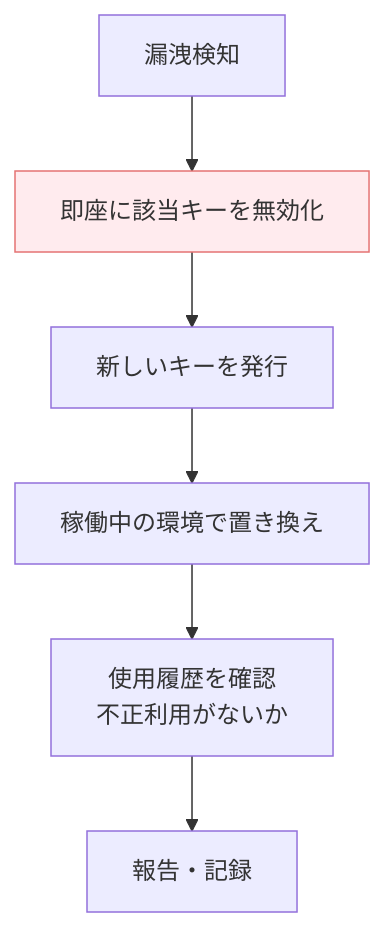
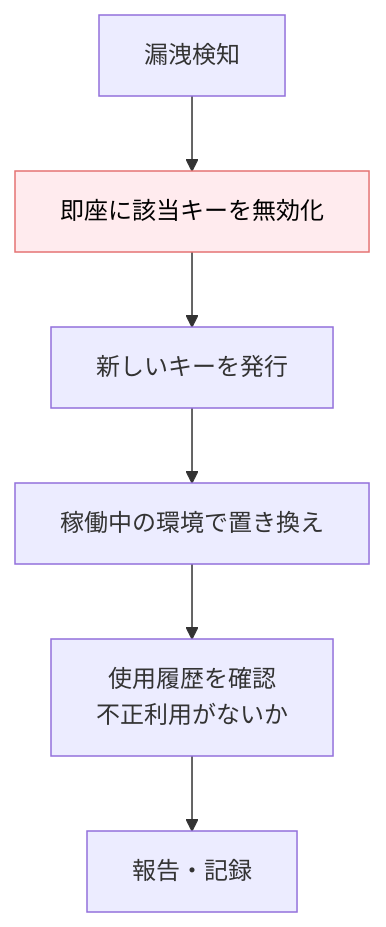
The third of 3 diagrams in docs/tech-notes/llm-api-キーの管理と漏洩防止.md (dinekt/dinekt-wiki), drawn with Mermaid before and after one commit. The commit also changed other lines of this file and 71 other files, not shown here.

First line of the commit message:
fix: mermaid readability + remove GitHub repo toolbar

````diff
--- a/docs/tech-notes/llm-api-キーの管理と漏洩防止.md
+++ b/docs/tech-notes/llm-api-キーの管理と漏洩防止.md
@@ -105,10 +105,10 @@
 ```mermaid
 flowchart TD
     D[漏洩検知] --> R[即座に該当キーを無効化]
     R --> N[新しいキーを発行]
     N --> U[稼働中の環境で置き換え]
     U --> L[使用履歴を確認<br/>不正利用がないか]
     L --> F[報告・記録]
 
-    style R fill:#ffebee,stroke:#e57373
+    style R fill:#ffebee,stroke:#e57373,color:#000
 ```
````
